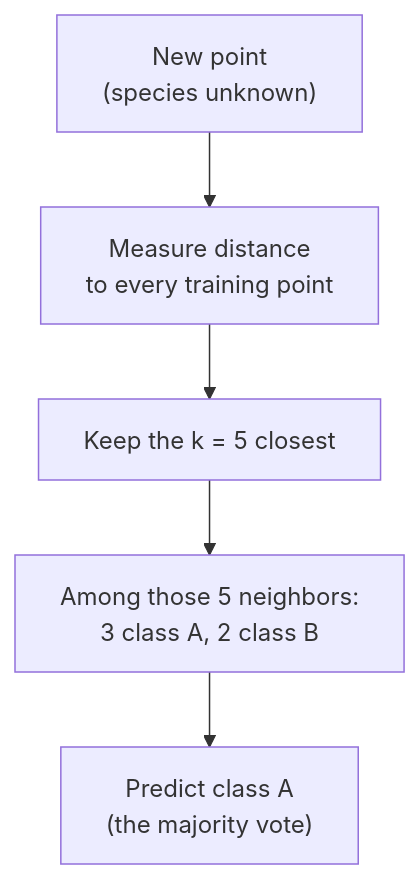
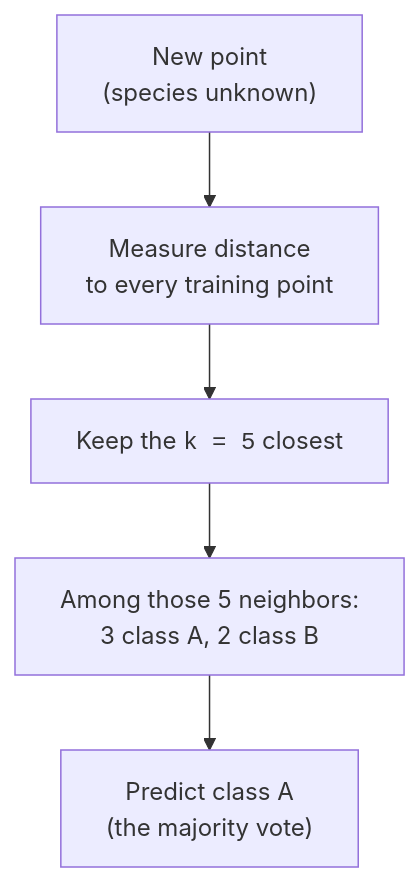
One commit to dataslope/dataslope changed the diagram in content/learn/machine-learning-scikit-learn/k-nearest-neighbors.mdx. Above: the diagram before and after it, drawn with Mermaid. The commit also changed 218 other files, not shown here.

First line of the commit message:
Render code-only mermaid shapes in monospace; convert step sequences to Steps (#467)

````diff
--- a/content/learn/machine-learning-scikit-learn/k-nearest-neighbors.mdx
+++ b/content/learn/machine-learning-scikit-learn/k-nearest-neighbors.mdx
@@ -35,7 +35,7 @@
 ```mermaid
 flowchart TD
     Q["New point<br/>(species unknown)"] --> M["Measure distance<br/>to every training point"]
-    M --> N["Keep the k = 5 closest"]
+    M --> N["Keep the <code>k = 5</code> closest"]
     N --> V["Among those 5 neighbors:<br/>3 class A, 2 class B"]
     V --> P["Predict class A<br/>(the majority vote)"]
 ```
````
